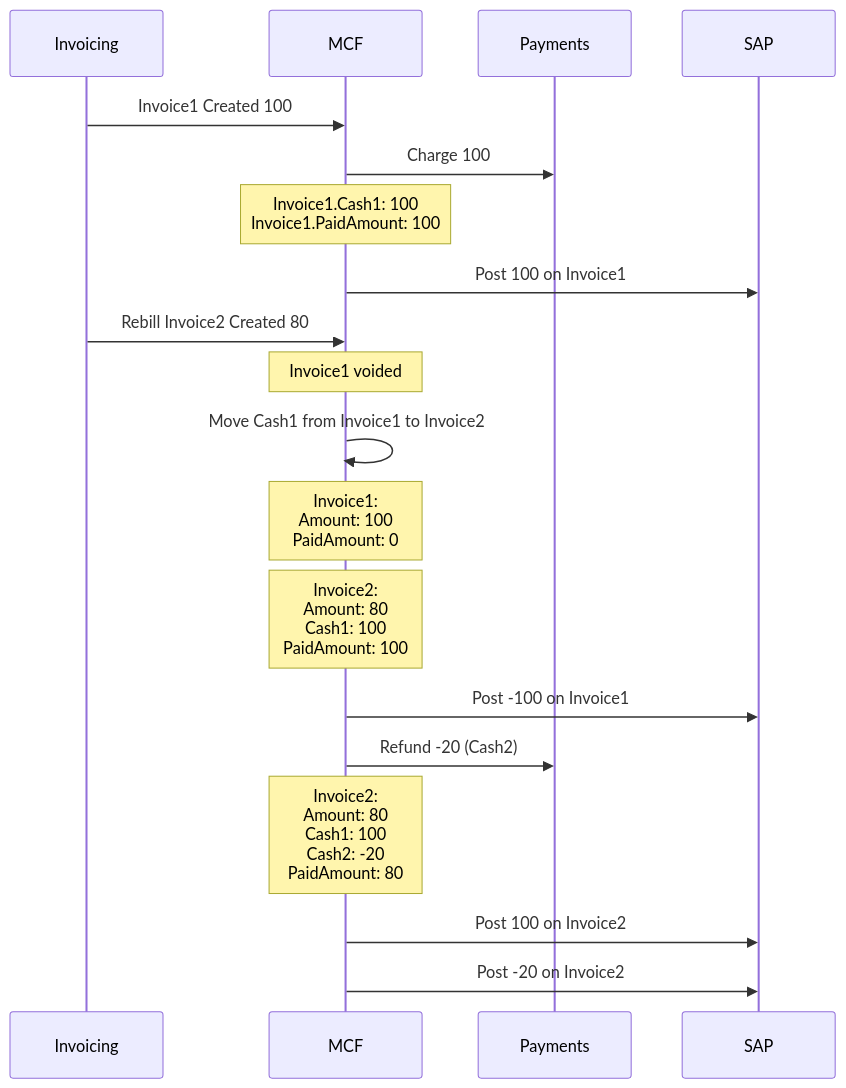
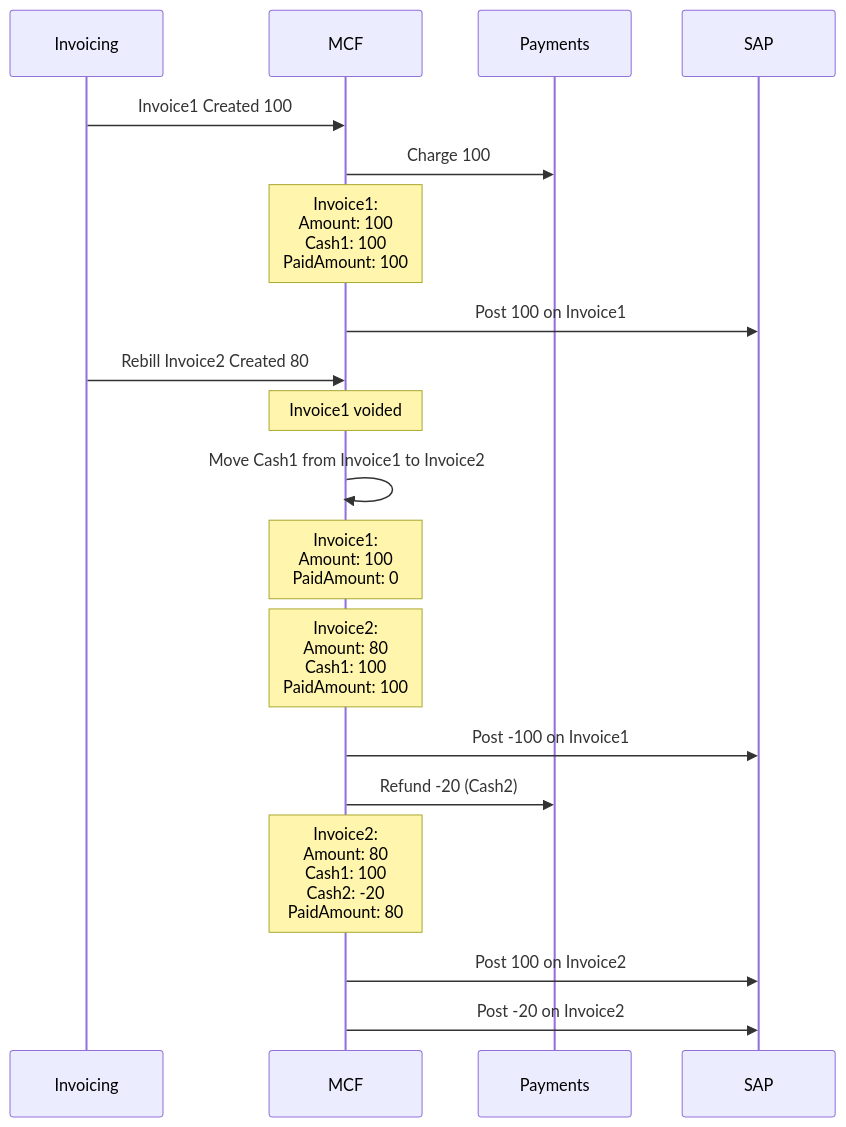
One commit to vikramsinha/test1 changed the sixth of 13 diagrams in MCF-SAP Scenarios.md. Above: the diagram before and after it, drawn with Mermaid. The commit also changed other lines of this file, not shown here.

Commit message:
Update MCF-SAP Scenarios.md

````diff
--- a/MCF-SAP Scenarios.md
+++ b/MCF-SAP Scenarios.md
@@ -80,23 +100,23 @@
 ```mermaid
 %%{init: {'theme': 'default'} }%%
 sequenceDiagram
     participant Invoicing
     participant MCF
     participant Payments
     participant SAP
     Invoicing->>MCF: Invoice1 Created 100
     MCF->>Payments: Charge 100
-    Note over MCF: Invoice1.Cash1: 100<br/>Invoice1.PaidAmount: 100
+    Note over MCF: Invoice1:<br/>Amount: 100<br/>Cash1: 100<br/>PaidAmount: 100
     MCF->>SAP: Post 100 on Invoice1
     Invoicing->>MCF: Rebill Invoice2 Created 80
     Note over MCF: Invoice1 voided
     MCF->>MCF: Move Cash1 from Invoice1 to Invoice2
     Note over MCF: Invoice1:<br/>Amount: 100<br/>PaidAmount: 0
     Note over MCF: Invoice2:<br/>Amount: 80<br/>Cash1: 100<br/>PaidAmount: 100
     MCF->>SAP: Post -100 on Invoice1
     MCF->>Payments: Refund -20 (Cash2)
     Note over MCF: Invoice2:<br/>Amount: 80<br/>Cash1: 100<br/>Cash2: -20<br/>PaidAmount: 80
     MCF->>SAP: Post 100 on Invoice2
     MCF->>SAP: Post -20 on Invoice2
 
 ```
````
